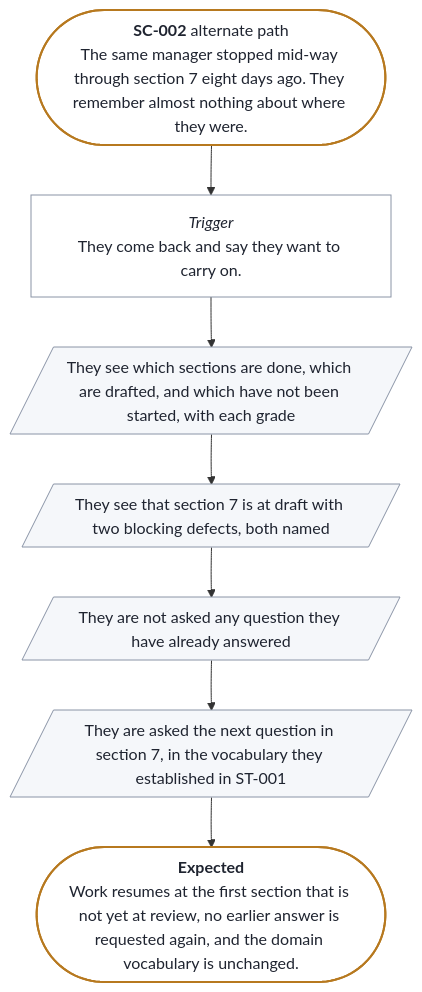
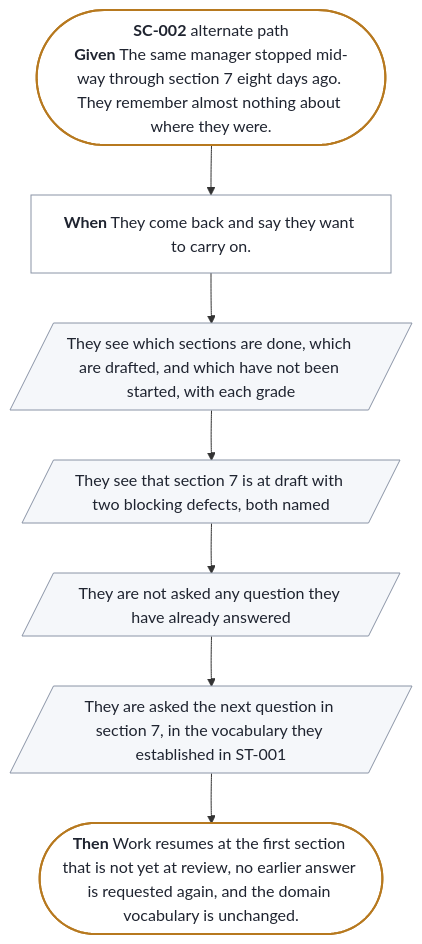
One commit to SpillwaveSolutions/prd-forge changed the diagram in docs/prd/prd-forge/diagrams/SC-002.mmd. Above: the diagram before and after it, drawn with Mermaid. The commit also changed 40 other files, not shown here.

```diff
--- a/docs/prd/prd-forge/diagrams/SC-002.mmd
+++ b/docs/prd/prd-forge/diagrams/SC-002.mmd
@@ -1,20 +1,20 @@
 %% Generated by prd-diagrams.mjs from the scenario front matter. Do not edit.
 %%{init: {"flowchart": {"wrappingWidth": 300}}}%%
 flowchart TB
-  start(["<b>SC-002</b> alternate path<br/>The same manager stopped mid-way through section 7 eight days ago. They remember almost nothing about where they were."])
-  trigger["<i>Trigger</i><br/>They come back and say they want to carry on."]
+  start(["<b>SC-002</b> alternate path<br/><b>Given</b> The same manager stopped mid-way through section 7 eight days ago. They remember almost nothing about where they were."])
+  trigger["<b>When</b> They come back and say they want to carry on."]
   s0[/"They see which sections are done, which are drafted, and which have not been started, with each grade"/]
   s1[/"They see that section 7 is at draft with two blocking defects, both named"/]
   s2[/"They are not asked any question they have already answered"/]
   s3[/"They are asked the next question in section 7, in the vocabulary they established in ST-001"/]
-  done(["<b>Expected</b><br/>Work resumes at the first section that is not yet at review, no earlier answer is requested again, and the domain vocabulary is unchanged."])
+  done(["<b>Then</b> Work resumes at the first section that is not yet at review, no earlier answer is requested again, and the domain vocabulary is unchanged."])
   start --> trigger --> s0 --> s1 --> s2 --> s3 --> done
   classDef ends fill:#FFFFFF,stroke:#B7791F,stroke-width:2px,color:#1F2430
   classDef sees fill:#F5F7FA,stroke:#8A94A6,color:#1F2430
   classDef does fill:#FFFFFF,stroke:#8A94A6,color:#1F2430
   class start,done ends
   class s0 sees
   class s1 sees
   class s2 sees
   class s3 sees
   class trigger does
```
